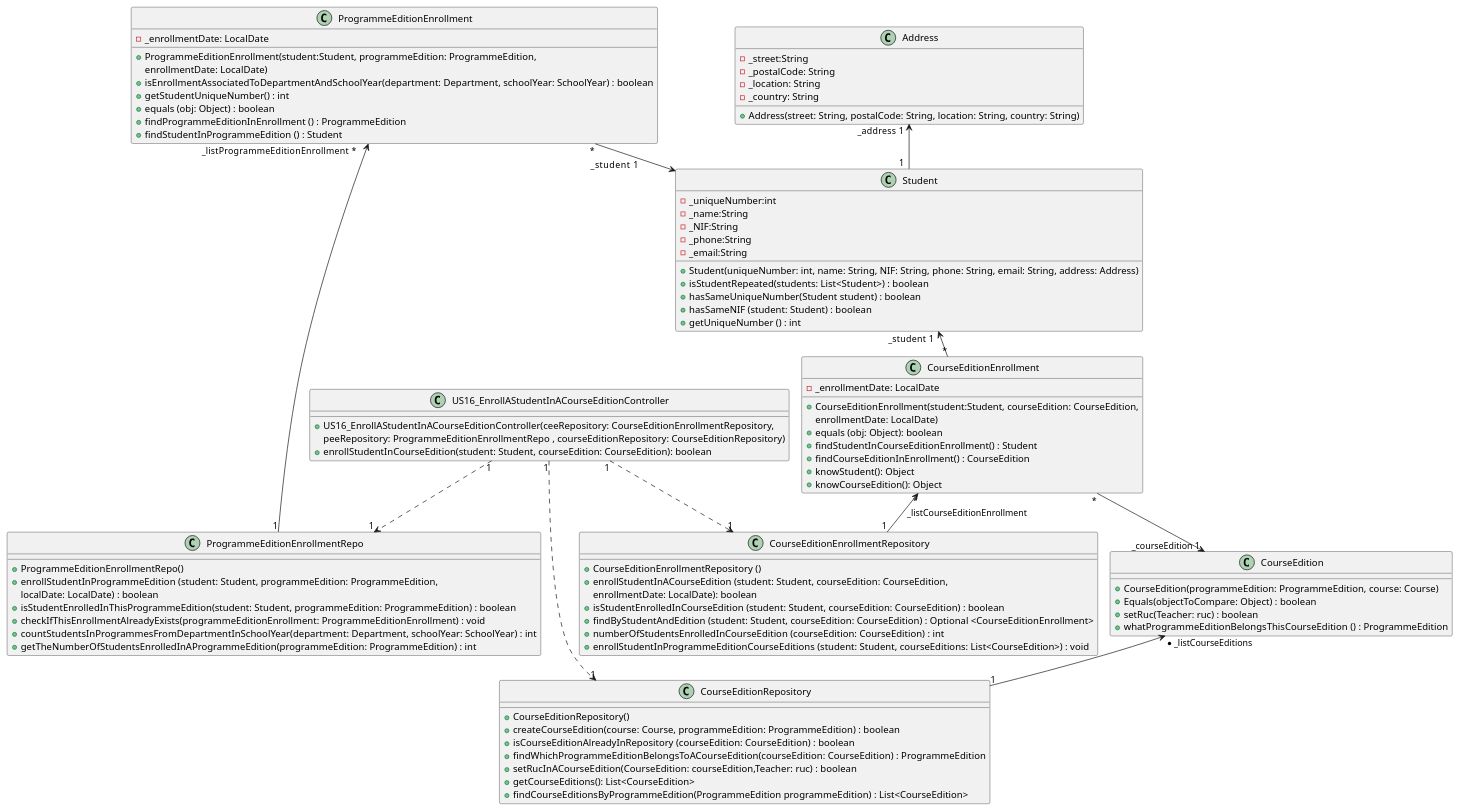
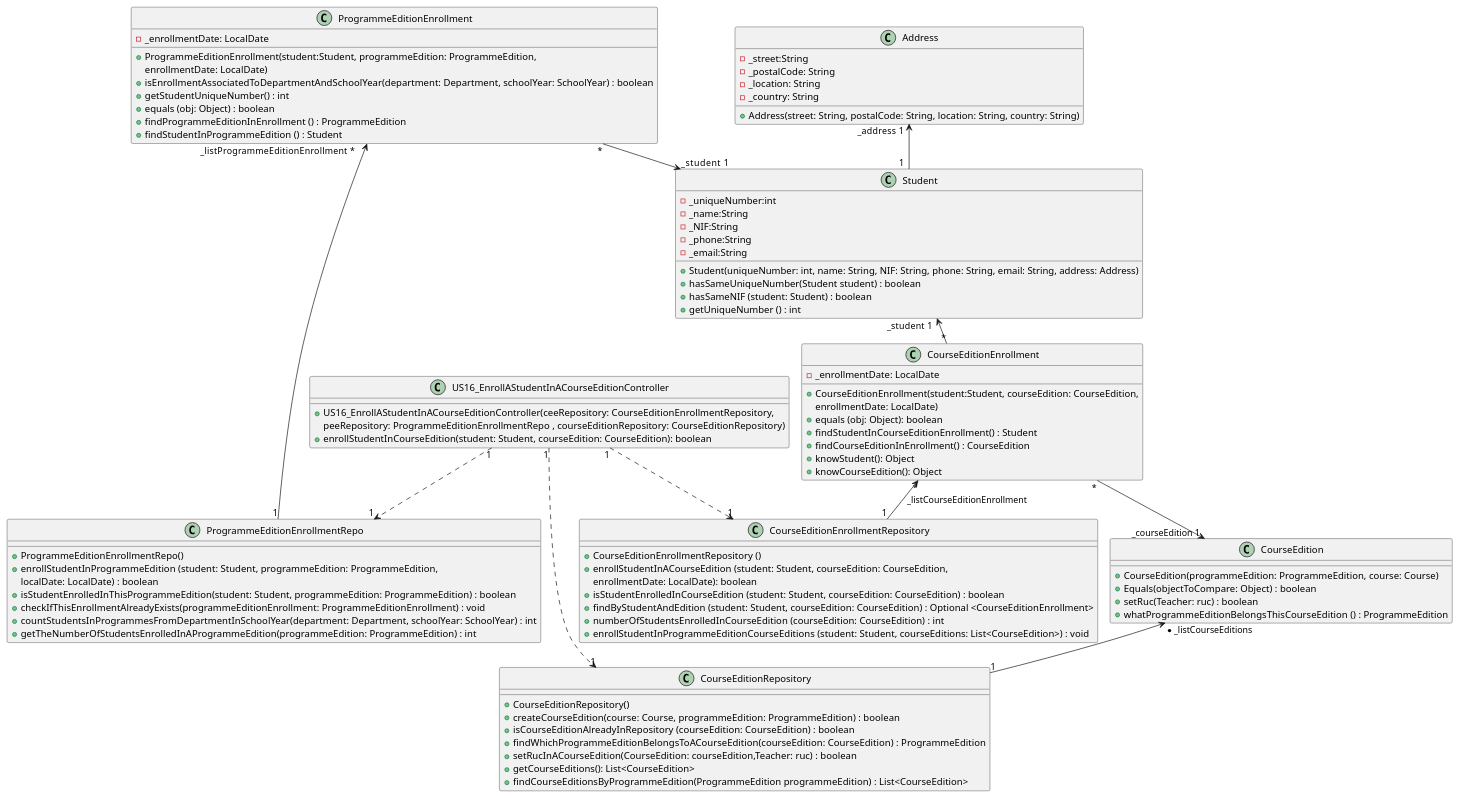
One commit to GasparISEP/DevOps-PAI changed the diagram in docs/US16/US16_EnrollAStudentInACourseEdition_ClassDiagram.puml. Above: the diagram before and after it, drawn with PlantUML.

Commit message:
remove a Student class method (isStudentRepeated()) from US16 class diagram

```diff
--- a/docs/US16/US16_EnrollAStudentInACourseEdition_ClassDiagram.puml
+++ b/docs/US16/US16_EnrollAStudentInACourseEdition_ClassDiagram.puml
@@ -1,103 +1,102 @@
 @startuml
 !pragma layout smetana
 
 
 class US16_EnrollAStudentInACourseEditionController {
     +US16_EnrollAStudentInACourseEditionController(ceeRepository: CourseEditionEnrollmentRepository,
     peeRepository: ProgrammeEditionEnrollmentRepo , courseEditionRepository: CourseEditionRepository)
     +enrollStudentInCourseEdition(student: Student, courseEdition: CourseEdition): boolean
 }
 
 class CourseEditionEnrollment {
     -_enrollmentDate: LocalDate
     +CourseEditionEnrollment(student:Student, courseEdition: CourseEdition,
      enrollmentDate: LocalDate)
     +equals (obj: Object): boolean
     +findStudentInCourseEditionEnrollment() : Student
     +findCourseEditionInEnrollment() : CourseEdition
     +knowStudent(): Object
     +knowCourseEdition(): Object
 }
 
 class CourseEditionEnrollmentRepository {
     +CourseEditionEnrollmentRepository ()
     +enrollStudentInACourseEdition (student: Student, courseEdition: CourseEdition,
     enrollmentDate: LocalDate): boolean
     +isStudentEnrolledInCourseEdition (student: Student, courseEdition: CourseEdition) : boolean
     +findByStudentAndEdition (student: Student, courseEdition: CourseEdition) : Optional <CourseEditionEnrollment>
     +numberOfStudentsEnrolledInCourseEdition (courseEdition: CourseEdition) : int
     +enrollStudentInProgrammeEditionCourseEditions (student: Student, courseEditions: List<CourseEdition>) : void
 }
 
 class ProgrammeEditionEnrollment {
     -_enrollmentDate: LocalDate
     +ProgrammeEditionEnrollment(student:Student, programmeEdition: ProgrammeEdition,
      enrollmentDate: LocalDate)
     +isEnrollmentAssociatedToDepartmentAndSchoolYear(department: Department, schoolYear: SchoolYear) : boolean
     +getStudentUniqueNumber() : int
     +equals (obj: Object) : boolean
     +findProgrammeEditionInEnrollment () : ProgrammeEdition
     +findStudentInProgrammeEdition () : Student
 }
 
 class ProgrammeEditionEnrollmentRepo {
     +ProgrammeEditionEnrollmentRepo()
     +enrollStudentInProgrammeEdition (student: Student, programmeEdition: ProgrammeEdition,
     localDate: LocalDate) : boolean
     +isStudentEnrolledInThisProgrammeEdition(student: Student, programmeEdition: ProgrammeEdition) : boolean
     +checkIfThisEnrollmentAlreadyExists(programmeEditionEnrollment: ProgrammeEditionEnrollment) : void
     +countStudentsInProgrammesFromDepartmentInSchoolYear(department: Department, schoolYear: SchoolYear) : int
     +getTheNumberOfStudentsEnrolledInAProgrammeEdition(programmeEdition: ProgrammeEdition) : int
 }
 
 class Student {
     -_uniqueNumber:int
     -_name:String
     -_NIF:String
     -_phone:String
     -_email:String
     +Student(uniqueNumber: int, name: String, NIF: String, phone: String, email: String, address: Address)
-    +isStudentRepeated(students: List<Student>) : boolean
     +hasSameUniqueNumber(Student student) : boolean
     +hasSameNIF (student: Student) : boolean
     +getUniqueNumber () : int
 }
 
 class Address {
      -_street:String
      -_postalCode: String
      -_location: String
      -_country: String
      +Address(street: String, postalCode: String, location: String, country: String)
 }
 
 class CourseEdition {
     +CourseEdition(programmeEdition: ProgrammeEdition, course: Course)
     +Equals(objectToCompare: Object) : boolean
     +setRuc(Teacher: ruc) : boolean
     +whatProgrammeEditionBelongsThisCourseEdition () : ProgrammeEdition
 }
 
 class CourseEditionRepository {
     +CourseEditionRepository()
     +createCourseEdition(course: Course, programmeEdition: ProgrammeEdition) : boolean
     +isCourseEditionAlreadyInRepository (courseEdition: CourseEdition) : boolean
     +findWhichProgrammeEditionBelongsToACourseEdition(courseEdition: CourseEdition) : ProgrammeEdition
     +setRucInACourseEdition(CourseEdition: courseEdition,Teacher: ruc) : boolean
     +getCourseEditions(): List<CourseEdition>
     +findCourseEditionsByProgrammeEdition(ProgrammeEdition programmeEdition) : List<CourseEdition>
 }
 
 
 CourseEdition "*   _listCourseEditions" <-- "1" CourseEditionRepository
 Student "_student  1  " <-- "*" CourseEditionEnrollment
 CourseEditionEnrollment "*" --> "_courseEdition 1  " CourseEdition
 CourseEditionEnrollment "                                *" <-- "1" CourseEditionEnrollmentRepository: _listCourseEditionEnrollment
 ProgrammeEditionEnrollment "*" --> "_student   1                " Student
 ProgrammeEditionEnrollment "_listProgrammeEditionEnrollment    *     " <-- "1" ProgrammeEditionEnrollmentRepo
 US16_EnrollAStudentInACourseEditionController "1"..> "1" CourseEditionRepository
 US16_EnrollAStudentInACourseEditionController "1"..> "1" ProgrammeEditionEnrollmentRepo
 US16_EnrollAStudentInACourseEditionController "1"..> "1" CourseEditionEnrollmentRepository
 Address "_address  1  " <-- "1  " Student
 
 @enduml
```
